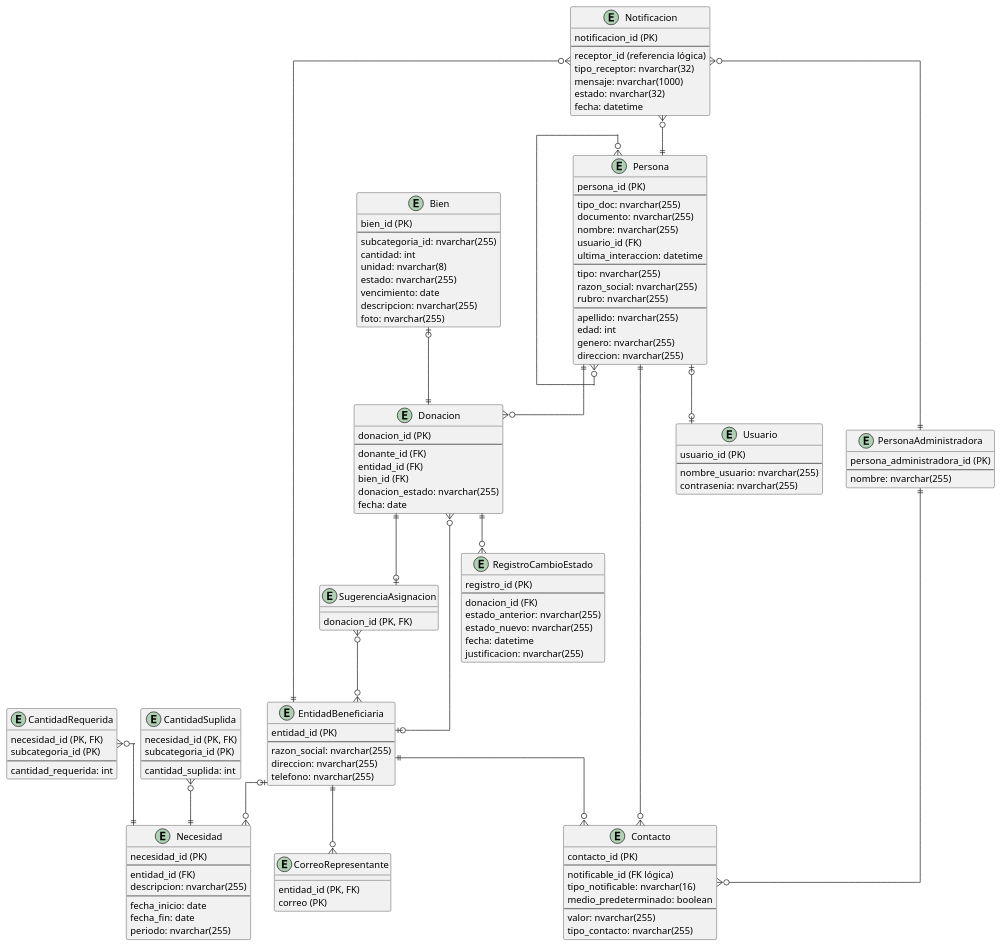
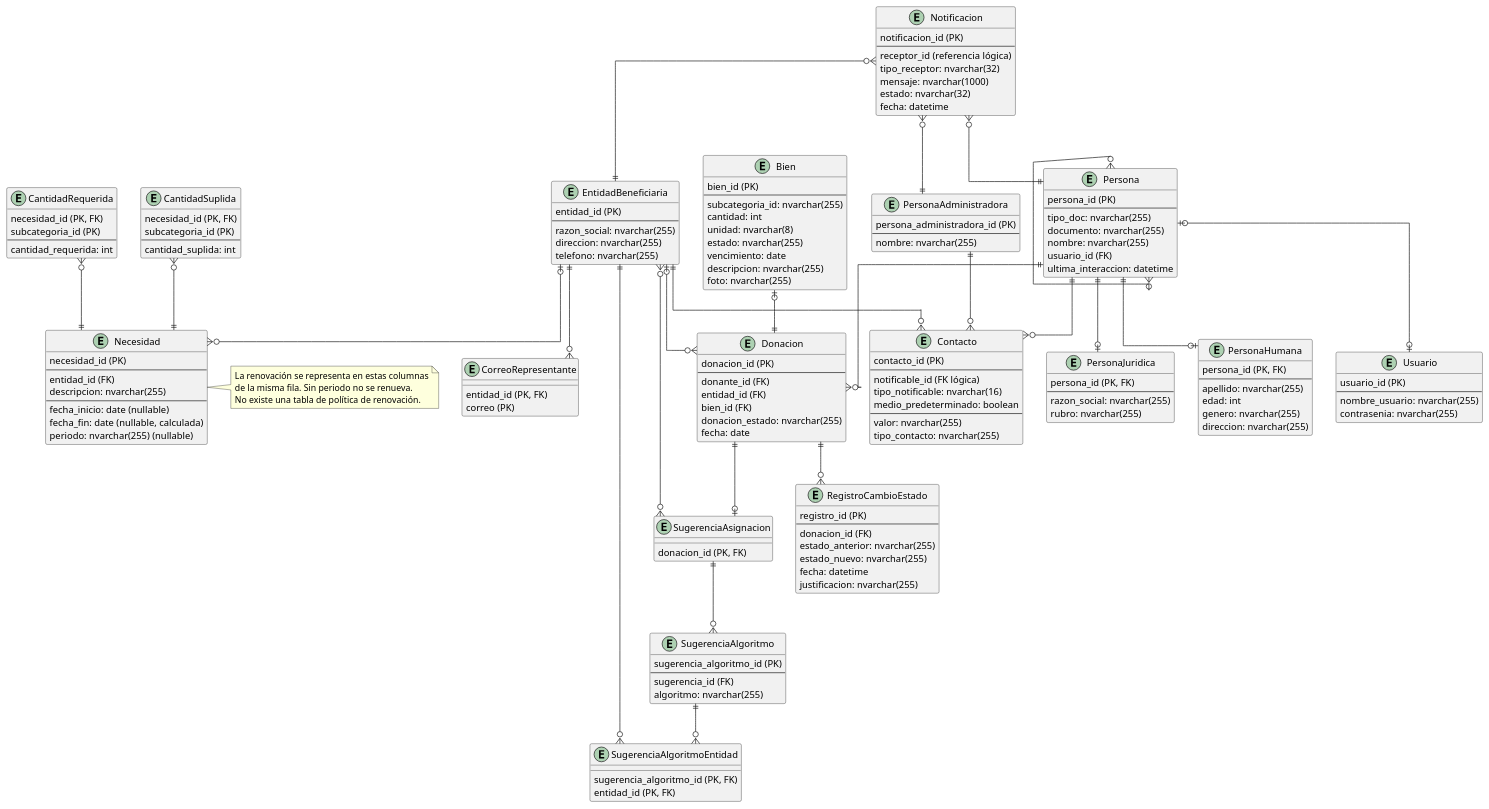
One commit to santiparis/dona-track changed the diagram in documentacion/entrega3/DER_donaciones.puml. Above: the diagram before and after it, drawn with PlantUML. The commit also changed 32 other files, not shown here.

```diff
--- a/documentacion/entrega3/DER_donaciones.puml
+++ b/documentacion/entrega3/DER_donaciones.puml
@@ -1,154 +1,184 @@
 @startuml
 skinparam linetype ortho
 
 entity Bien {
     bien_id (PK)
     ---
     subcategoria_id: nvarchar(255)
     cantidad: int
     unidad: nvarchar(8)
     estado: nvarchar(255)
     vencimiento: date
     descripcion: nvarchar(255)
     foto: nvarchar(255)
 }
 
 entity Necesidad {
     necesidad_id (PK)
     ---
     entidad_id (FK)
     descripcion: nvarchar(255)
     ---
-    fecha_inicio: date
-    fecha_fin: date
-    periodo: nvarchar(255)
+    fecha_inicio: date (nullable)
+    fecha_fin: date (nullable, calculada)
+    periodo: nvarchar(255) (nullable)
 }
+
+note right of Necesidad
+  La renovación se representa en estas columnas
+  de la misma fila. Sin periodo no se renueva.
+  No existe una tabla de política de renovación.
+end note
 
 entity CantidadRequerida {
     necesidad_id (PK, FK)
     subcategoria_id (PK)
     ---
     cantidad_requerida: int
 }
 
 entity CantidadSuplida {
     necesidad_id (PK, FK)
     subcategoria_id (PK)
     ---
     cantidad_suplida: int
 }
 
 entity EntidadBeneficiaria {
     entidad_id (PK)
     ---
     razon_social: nvarchar(255)
     direccion: nvarchar(255)
     telefono: nvarchar(255)
 }
 
 entity Contacto {
     contacto_id (PK)
     ---
     notificable_id (FK lógica)
     tipo_notificable: nvarchar(16)
     medio_predeterminado: boolean
     ---
     valor: nvarchar(255)
     tipo_contacto: nvarchar(255)
 }
 
 entity Notificacion {
     notificacion_id (PK)
     ---
     receptor_id (referencia lógica)
     tipo_receptor: nvarchar(32)
     mensaje: nvarchar(1000)
     estado: nvarchar(32)
     fecha: datetime
 }
 
 entity Donacion {
     donacion_id (PK)
     ---
     donante_id (FK)
     entidad_id (FK)
     bien_id (FK)
     donacion_estado: nvarchar(255)
     fecha: date
 }
 
 entity RegistroCambioEstado {
     registro_id (PK)
     ---
     donacion_id (FK)
     estado_anterior: nvarchar(255)
     estado_nuevo: nvarchar(255)
     fecha: datetime
     justificacion: nvarchar(255)
 }
 
 entity Persona {
     persona_id (PK)
     ---
     tipo_doc: nvarchar(255)
     documento: nvarchar(255)
     nombre: nvarchar(255)
     usuario_id (FK)
     ultima_interaccion: datetime
+}
+
+entity PersonaJuridica {
+    persona_id (PK, FK)
     ---
-    tipo: nvarchar(255)
     razon_social: nvarchar(255)
     rubro: nvarchar(255)
+}
+
+entity PersonaHumana {
+    persona_id (PK, FK)
     ---
     apellido: nvarchar(255)
     edad: int
     genero: nvarchar(255)
     direccion: nvarchar(255)
 }
 
 entity PersonaAdministradora {
     persona_administradora_id (PK)
     ---
     nombre: nvarchar(255)
 }
 
 entity Usuario {
     usuario_id (PK)
     ---
     nombre_usuario: nvarchar(255)
     contrasenia: nvarchar(255)
 }
 
 entity CorreoRepresentante {
     entidad_id (PK, FK)
     correo (PK)
 }
 
 entity SugerenciaAsignacion {
     donacion_id (PK, FK)
 }
 
+entity SugerenciaAlgoritmo {
+    sugerencia_algoritmo_id (PK)
+    ---
+    sugerencia_id (FK)
+    algoritmo: nvarchar(255)
+}
+
+entity SugerenciaAlgoritmoEntidad {
+    sugerencia_algoritmo_id (PK, FK)
+    entidad_id (PK, FK)
+}
+
 Persona ||--o{ Contacto
 EntidadBeneficiaria ||--o{ Contacto
 PersonaAdministradora ||--o{ Contacto
 Persona |o--o| Usuario
 Notificacion }o--|| Persona
 Notificacion }o--|| EntidadBeneficiaria
 Notificacion }o--|| PersonaAdministradora
 
 Bien |o--|| Donacion
 
 CantidadRequerida }o--|| Necesidad
 
 CantidadSuplida }o--|| Necesidad
 
 EntidadBeneficiaria |o--o{ Necesidad
 EntidadBeneficiaria |o--o{ Donacion
 EntidadBeneficiaria ||--o{ CorreoRepresentante
 Persona ||--o{ Donacion
 
 Donacion ||--o{ RegistroCambioEstado
 Persona }o--o{ Persona
 Donacion ||--o| SugerenciaAsignacion
-SugerenciaAsignacion }o--o{ EntidadBeneficiaria
+SugerenciaAsignacion ||--o{ SugerenciaAlgoritmo
+SugerenciaAlgoritmo ||--o{ SugerenciaAlgoritmoEntidad
+EntidadBeneficiaria ||--o{ SugerenciaAlgoritmoEntidad
+SugerenciaAsignacion }o--o{ EntidadBeneficiaria 
+Persona ||--o| PersonaHumana
+Persona ||--o| PersonaJuridica
 @enduml
```
